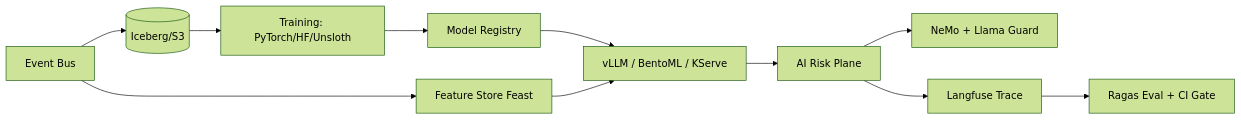
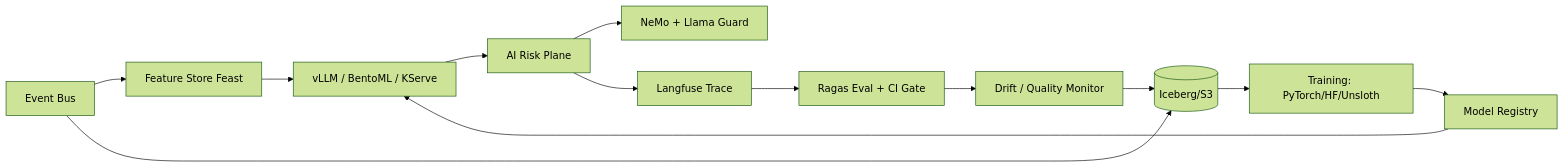
The diagram in aegis-documentation/03_system_and_architecture/03_high_level_design_hld/04_ai_and_ml_integration_pipeline.md (jsavinash/aegis-bank), drawn with Mermaid (forest theme) before and after one commit. The commit also changed other lines of this file, not shown here.

````diff
--- a/aegis-documentation/03_system_and_architecture/03_high_level_design_hld/04_ai_and_ml_integration_pipeline.md
+++ b/aegis-documentation/03_system_and_architecture/03_high_level_design_hld/04_ai_and_ml_integration_pipeline.md
@@ -5,13 +5,15 @@
 ```mermaid
 flowchart LR
     EVT[Event Bus] --> FEAT[Feature Store Feast]
     EVT --> LAKE[(Iceberg/S3)]
     LAKE --> TRAIN[Training: PyTorch/HF/Unsloth]
     TRAIN --> REG[Model Registry]
     REG --> SERVE[vLLM / BentoML / KServe]
     FEAT --> SERVE
     SERVE --> RISK[AI Risk Plane]
     RISK --> GUARD[NeMo + Llama Guard]
     RISK --> LF[Langfuse Trace]
     LF --> EVAL[Ragas Eval + CI Gate]
+    EVAL --> MON[Drift / Quality Monitor]
+    MON --> LAKE
 ```
````
